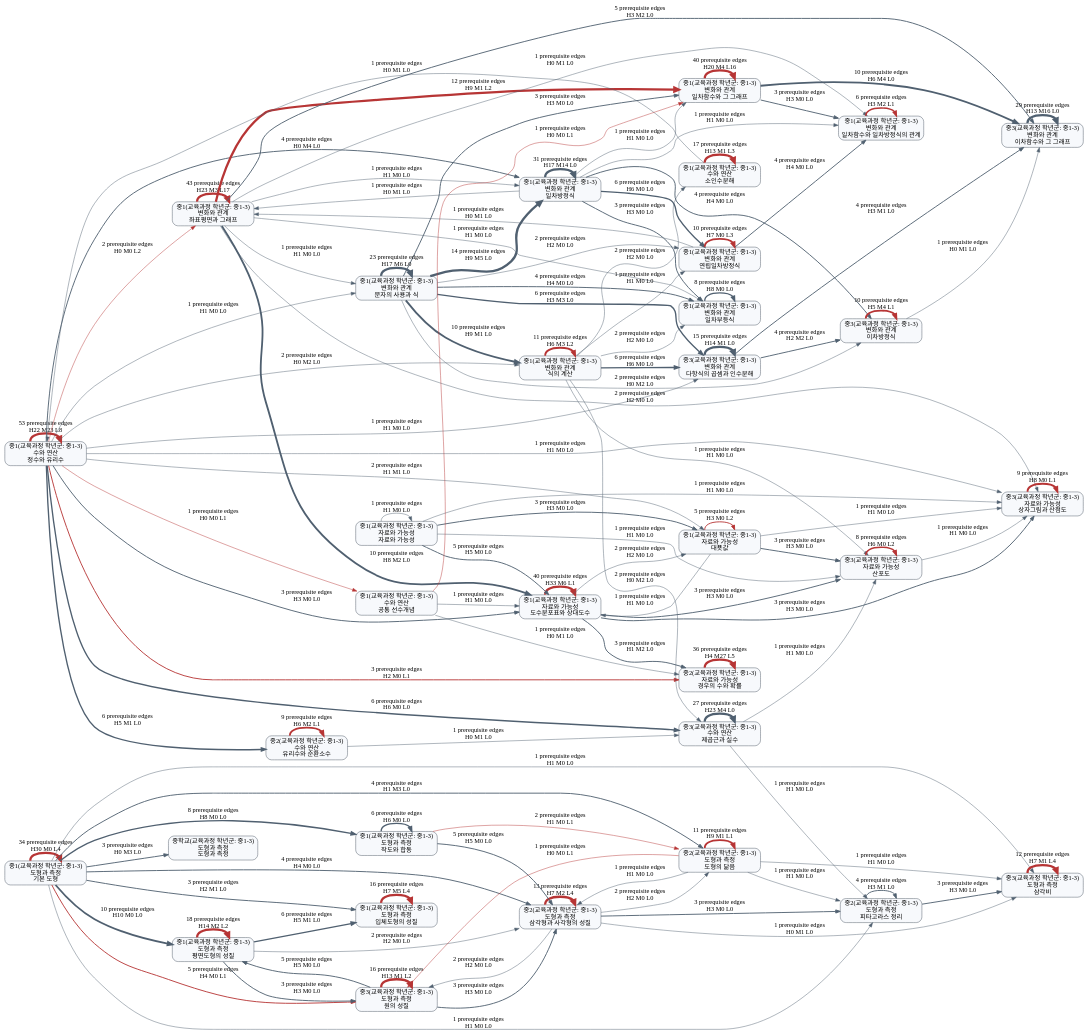
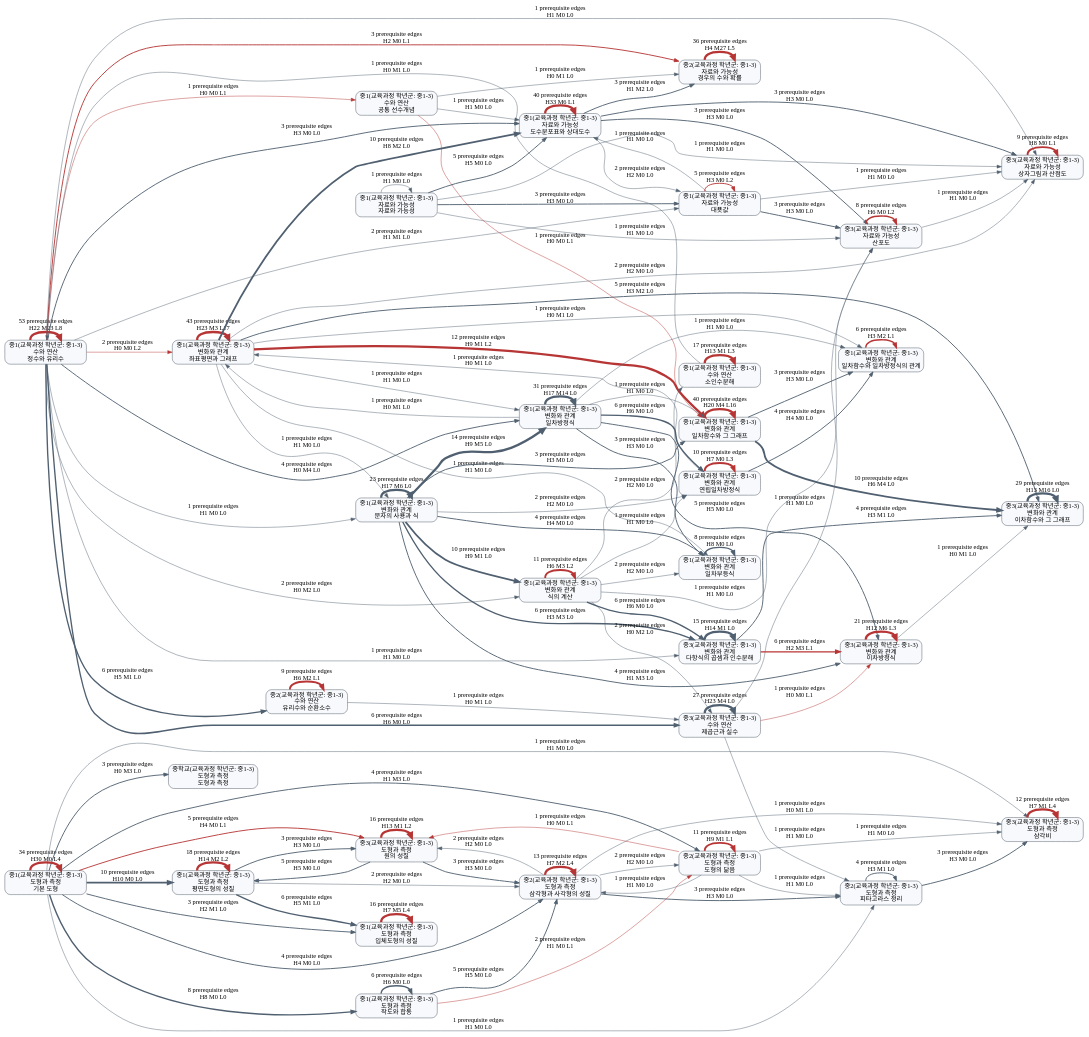
One commit to BeomjinSouth/Seteuk changed the diagram in 교육과정 모음 정리본/docs/math-concept-map/prerequisite-unit-graph.dot. Above: the diagram before and after it, drawn with Graphviz. The commit also changed 83 other files, not shown here.

```diff
--- a/교육과정 모음 정리본/docs/math-concept-map/prerequisite-unit-graph.dot
+++ b/교육과정 모음 정리본/docs/math-concept-map/prerequisite-unit-graph.dot
@@ -14,17 +14,17 @@
   unit_008 [label="중3(교육과정 학년군: 중1-3)\n변화와 관계\n이차함수와 그 그래프"];
   unit_009 [label="중3(교육과정 학년군: 중1-3)\n수와 연산\n제곱근과 실수"];
   unit_010 [label="중1(교육과정 학년군: 중1-3)\n변화와 관계\n문자의 사용과 식"];
-  unit_011 [label="중1(교육과정 학년군: 중1-3)\n도형과 측정\n평면도형의 성질"];
-  unit_012 [label="중1(교육과정 학년군: 중1-3)\n수와 연산\n소인수분해"];
-  unit_013 [label="중1(교육과정 학년군: 중1-3)\n도형과 측정\n입체도형의 성질"];
-  unit_014 [label="중3(교육과정 학년군: 중1-3)\n도형과 측정\n원의 성질"];
-  unit_015 [label="중3(교육과정 학년군: 중1-3)\n변화와 관계\n다항식의 곱셈과 인수분해"];
-  unit_016 [label="중2(교육과정 학년군: 중1-3)\n도형과 측정\n삼각형과 사각형의 성질"];
-  unit_017 [label="중3(교육과정 학년군: 중1-3)\n도형과 측정\n삼각비"];
-  unit_018 [label="중1(교육과정 학년군: 중1-3)\n변화와 관계\n식의 계산"];
-  unit_019 [label="중2(교육과정 학년군: 중1-3)\n도형과 측정\n도형의 닮음"];
-  unit_020 [label="중1(교육과정 학년군: 중1-3)\n변화와 관계\n연립일차방정식"];
-  unit_021 [label="중3(교육과정 학년군: 중1-3)\n변화와 관계\n이차방정식"];
+  unit_011 [label="중3(교육과정 학년군: 중1-3)\n변화와 관계\n이차방정식"];
+  unit_012 [label="중1(교육과정 학년군: 중1-3)\n도형과 측정\n평면도형의 성질"];
+  unit_013 [label="중1(교육과정 학년군: 중1-3)\n수와 연산\n소인수분해"];
+  unit_014 [label="중1(교육과정 학년군: 중1-3)\n도형과 측정\n입체도형의 성질"];
+  unit_015 [label="중3(교육과정 학년군: 중1-3)\n도형과 측정\n원의 성질"];
+  unit_016 [label="중3(교육과정 학년군: 중1-3)\n변화와 관계\n다항식의 곱셈과 인수분해"];
+  unit_017 [label="중2(교육과정 학년군: 중1-3)\n도형과 측정\n삼각형과 사각형의 성질"];
+  unit_018 [label="중3(교육과정 학년군: 중1-3)\n도형과 측정\n삼각비"];
+  unit_019 [label="중1(교육과정 학년군: 중1-3)\n변화와 관계\n식의 계산"];
+  unit_020 [label="중2(교육과정 학년군: 중1-3)\n도형과 측정\n도형의 닮음"];
+  unit_021 [label="중1(교육과정 학년군: 중1-3)\n변화와 관계\n연립일차방정식"];
   unit_022 [label="중2(교육과정 학년군: 중1-3)\n수와 연산\n유리수와 순환소수"];
   unit_023 [label="중3(교육과정 학년군: 중1-3)\n자료와 가능성\n상자그림과 산점도"];
   unit_024 [label="중1(교육과정 학년군: 중1-3)\n도형과 측정\n작도와 합동"];
@@ -47,54 +47,55 @@
   unit_008 -> unit_008 [label="29 prerequisite edges\nH13 M16 L0", color="#506070", penwidth=5];
   unit_009 -> unit_009 [label="27 prerequisite edges\nH23 M4 L0", color="#506070", penwidth=5];
   unit_010 -> unit_010 [label="23 prerequisite edges\nH17 M6 L0", color="#506070", penwidth=5];
-  unit_011 -> unit_011 [label="18 prerequisite edges\nH14 M2 L2", color="#b73535", penwidth=5];
-  unit_012 -> unit_012 [label="17 prerequisite edges\nH13 M1 L3", color="#b73535", penwidth=5];
-  unit_013 -> unit_013 [label="16 prerequisite edges\nH7 M5 L4", color="#b73535", penwidth=5];
-  unit_014 -> unit_014 [label="16 prerequisite edges\nH13 M1 L2", color="#b73535", penwidth=5];
-  unit_015 -> unit_015 [label="15 prerequisite edges\nH14 M1 L0", color="#506070", penwidth=5];
+  unit_011 -> unit_011 [label="21 prerequisite edges\nH12 M6 L3", color="#b73535", penwidth=5];
+  unit_012 -> unit_012 [label="18 prerequisite edges\nH14 M2 L2", color="#b73535", penwidth=5];
+  unit_013 -> unit_013 [label="17 prerequisite edges\nH13 M1 L3", color="#b73535", penwidth=5];
+  unit_014 -> unit_014 [label="16 prerequisite edges\nH7 M5 L4", color="#b73535", penwidth=5];
+  unit_015 -> unit_015 [label="16 prerequisite edges\nH13 M1 L2", color="#b73535", penwidth=5];
+  unit_016 -> unit_016 [label="15 prerequisite edges\nH14 M1 L0", color="#506070", penwidth=5];
   unit_010 -> unit_007 [label="14 prerequisite edges\nH9 M5 L0", color="#506070", penwidth=5];
-  unit_016 -> unit_016 [label="13 prerequisite edges\nH7 M2 L4", color="#b73535", penwidth=5];
+  unit_017 -> unit_017 [label="13 prerequisite edges\nH7 M2 L4", color="#b73535", penwidth=5];
   unit_002 -> unit_003 [label="12 prerequisite edges\nH9 M1 L2", color="#b73535", penwidth=5];
-  unit_017 -> unit_017 [label="12 prerequisite edges\nH7 M1 L4", color="#b73535", penwidth=5];
-  unit_018 -> unit_018 [label="11 prerequisite edges\nH6 M3 L2", color="#b73535", penwidth=4];
-  unit_019 -> unit_019 [label="11 prerequisite edges\nH9 M1 L1", color="#b73535", penwidth=4];
-  unit_006 -> unit_011 [label="10 prerequisite edges\nH10 M0 L0", color="#506070", penwidth=4];
-  unit_010 -> unit_018 [label="10 prerequisite edges\nH9 M1 L0", color="#506070", penwidth=4];
-  unit_020 -> unit_020 [label="10 prerequisite edges\nH7 M0 L3", color="#b73535", penwidth=4];
+  unit_018 -> unit_018 [label="12 prerequisite edges\nH7 M1 L4", color="#b73535", penwidth=5];
+  unit_019 -> unit_019 [label="11 prerequisite edges\nH6 M3 L2", color="#b73535", penwidth=4];
+  unit_020 -> unit_020 [label="11 prerequisite edges\nH9 M1 L1", color="#b73535", penwidth=4];
+  unit_006 -> unit_012 [label="10 prerequisite edges\nH10 M0 L0", color="#506070", penwidth=4];
+  unit_010 -> unit_019 [label="10 prerequisite edges\nH9 M1 L0", color="#506070", penwidth=4];
+  unit_021 -> unit_021 [label="10 prerequisite edges\nH7 M0 L3", color="#b73535", penwidth=4];
   unit_003 -> unit_008 [label="10 prerequisite edges\nH6 M4 L0", color="#506070", penwidth=4];
   unit_002 -> unit_004 [label="10 prerequisite edges\nH8 M2 L0", color="#506070", penwidth=4];
-  unit_021 -> unit_021 [label="10 prerequisite edges\nH5 M4 L1", color="#b73535", penwidth=4];
   unit_022 -> unit_022 [label="9 prerequisite edges\nH6 M2 L1", color="#b73535", penwidth=4];
   unit_023 -> unit_023 [label="9 prerequisite edges\nH8 M0 L1", color="#b73535", penwidth=4];
   unit_006 -> unit_024 [label="8 prerequisite edges\nH8 M0 L0", color="#506070", penwidth=3];
   unit_025 -> unit_025 [label="8 prerequisite edges\nH8 M0 L0", color="#506070", penwidth=3];
   unit_026 -> unit_026 [label="8 prerequisite edges\nH6 M0 L2", color="#b73535", penwidth=3];
   unit_024 -> unit_024 [label="6 prerequisite edges\nH6 M0 L0", color="#506070", penwidth=3];
-  unit_011 -> unit_013 [label="6 prerequisite edges\nH5 M1 L0", color="#506070", penwidth=3];
-  unit_010 -> unit_015 [label="6 prerequisite edges\nH3 M3 L0", color="#506070", penwidth=3];
-  unit_018 -> unit_015 [label="6 prerequisite edges\nH6 M0 L0", color="#506070", penwidth=3];
-  unit_007 -> unit_020 [label="6 prerequisite edges\nH6 M0 L0", color="#506070", penwidth=3];
+  unit_012 -> unit_014 [label="6 prerequisite edges\nH5 M1 L0", color="#506070", penwidth=3];
+  unit_010 -> unit_016 [label="6 prerequisite edges\nH3 M3 L0", color="#506070", penwidth=3];
+  unit_019 -> unit_016 [label="6 prerequisite edges\nH6 M0 L0", color="#506070", penwidth=3];
+  unit_007 -> unit_021 [label="6 prerequisite edges\nH6 M0 L0", color="#506070", penwidth=3];
   unit_027 -> unit_027 [label="6 prerequisite edges\nH3 M2 L1", color="#b73535", penwidth=3];
   unit_001 -> unit_022 [label="6 prerequisite edges\nH5 M1 L0", color="#506070", penwidth=3];
   unit_001 -> unit_009 [label="6 prerequisite edges\nH6 M0 L0", color="#506070", penwidth=3];
-  unit_006 -> unit_014 [label="5 prerequisite edges\nH4 M0 L1", color="#b73535", penwidth=2];
-  unit_024 -> unit_016 [label="5 prerequisite edges\nH5 M0 L0", color="#506070", penwidth=2];
+  unit_016 -> unit_011 [label="6 prerequisite edges\nH2 M3 L1", color="#b73535", penwidth=3];
+  unit_006 -> unit_015 [label="5 prerequisite edges\nH4 M0 L1", color="#b73535", penwidth=2];
+  unit_024 -> unit_017 [label="5 prerequisite edges\nH5 M0 L0", color="#506070", penwidth=2];
+  unit_007 -> unit_011 [label="5 prerequisite edges\nH5 M0 L0", color="#506070", penwidth=2];
   unit_002 -> unit_008 [label="5 prerequisite edges\nH3 M2 L0", color="#506070", penwidth=2];
   unit_028 -> unit_028 [label="5 prerequisite edges\nH3 M0 L2", color="#b73535", penwidth=2];
   unit_029 -> unit_004 [label="5 prerequisite edges\nH5 M0 L0", color="#506070", penwidth=2];
-  unit_014 -> unit_011 [label="5 prerequisite edges\nH5 M0 L0", color="#506070", penwidth=2];
-  unit_006 -> unit_019 [label="4 prerequisite edges\nH1 M3 L0", color="#506070", penwidth=2];
-  unit_006 -> unit_016 [label="4 prerequisite edges\nH4 M0 L0", color="#506070", penwidth=2];
+  unit_015 -> unit_012 [label="5 prerequisite edges\nH5 M0 L0", color="#506070", penwidth=2];
+  unit_006 -> unit_020 [label="4 prerequisite edges\nH1 M3 L0", color="#506070", penwidth=2];
+  unit_006 -> unit_017 [label="4 prerequisite edges\nH4 M0 L0", color="#506070", penwidth=2];
   unit_010 -> unit_025 [label="4 prerequisite edges\nH4 M0 L0", color="#506070", penwidth=2];
-  unit_020 -> unit_027 [label="4 prerequisite edges\nH4 M0 L0", color="#506070", penwidth=2];
-  unit_007 -> unit_021 [label="4 prerequisite edges\nH4 M0 L0", color="#506070", penwidth=2];
+  unit_010 -> unit_011 [label="4 prerequisite edges\nH1 M3 L0", color="#506070", penwidth=2];
+  unit_021 -> unit_027 [label="4 prerequisite edges\nH4 M0 L0", color="#506070", penwidth=2];
   unit_001 -> unit_007 [label="4 prerequisite edges\nH0 M4 L0", color="#506070", penwidth=2];
   unit_030 -> unit_030 [label="4 prerequisite edges\nH3 M1 L0", color="#506070", penwidth=2];
-  unit_015 -> unit_021 [label="4 prerequisite edges\nH2 M2 L0", color="#506070", penwidth=2];
-  unit_015 -> unit_008 [label="4 prerequisite edges\nH3 M1 L0", color="#506070", penwidth=2];
-  unit_006 -> unit_013 [label="3 prerequisite edges\nH2 M1 L0", color="#506070", penwidth=2];
+  unit_016 -> unit_008 [label="4 prerequisite edges\nH3 M1 L0", color="#506070", penwidth=2];
+  unit_006 -> unit_014 [label="3 prerequisite edges\nH2 M1 L0", color="#506070", penwidth=2];
   unit_006 -> unit_031 [label="3 prerequisite edges\nH0 M3 L0", color="#506070", penwidth=2];
-  unit_011 -> unit_014 [label="3 prerequisite edges\nH3 M0 L0", color="#506070", penwidth=2];
+  unit_012 -> unit_015 [label="3 prerequisite edges\nH3 M0 L0", color="#506070", penwidth=2];
   unit_010 -> unit_003 [label="3 prerequisite edges\nH3 M0 L0", color="#506070", penwidth=2];
   unit_007 -> unit_025 [label="3 prerequisite edges\nH3 M0 L0", color="#506070", penwidth=2];
   unit_003 -> unit_027 [label="3 prerequisite edges\nH3 M0 L0", color="#506070", penwidth=2];
@@ -105,28 +106,27 @@
   unit_004 -> unit_026 [label="3 prerequisite edges\nH3 M0 L0", color="#506070", penwidth=2];
   unit_004 -> unit_023 [label="3 prerequisite edges\nH3 M0 L0", color="#506070", penwidth=2];
   unit_029 -> unit_028 [label="3 prerequisite edges\nH3 M0 L0", color="#506070", penwidth=2];
-  unit_016 -> unit_030 [label="3 prerequisite edges\nH3 M0 L0", color="#506070", penwidth=2];
-  unit_030 -> unit_017 [label="3 prerequisite edges\nH3 M0 L0", color="#506070", penwidth=2];
-  unit_014 -> unit_016 [label="3 prerequisite edges\nH3 M0 L0", color="#506070", penwidth=2];
-  unit_024 -> unit_019 [label="2 prerequisite edges\nH1 M0 L1", color="#b73535", penwidth=1];
-  unit_011 -> unit_016 [label="2 prerequisite edges\nH2 M0 L0", color="#506070", penwidth=1];
-  unit_010 -> unit_020 [label="2 prerequisite edges\nH2 M0 L0", color="#506070", penwidth=1];
-  unit_010 -> unit_021 [label="2 prerequisite edges\nH0 M2 L0", color="#506070", penwidth=1];
-  unit_018 -> unit_025 [label="2 prerequisite edges\nH2 M0 L0", color="#506070", penwidth=1];
-  unit_018 -> unit_012 [label="2 prerequisite edges\nH2 M0 L0", color="#506070", penwidth=1];
-  unit_018 -> unit_009 [label="2 prerequisite edges\nH0 M2 L0", color="#506070", penwidth=1];
+  unit_017 -> unit_030 [label="3 prerequisite edges\nH3 M0 L0", color="#506070", penwidth=2];
+  unit_030 -> unit_018 [label="3 prerequisite edges\nH3 M0 L0", color="#506070", penwidth=2];
+  unit_015 -> unit_017 [label="3 prerequisite edges\nH3 M0 L0", color="#506070", penwidth=2];
+  unit_024 -> unit_020 [label="2 prerequisite edges\nH1 M0 L1", color="#b73535", penwidth=1];
+  unit_012 -> unit_017 [label="2 prerequisite edges\nH2 M0 L0", color="#506070", penwidth=1];
+  unit_010 -> unit_021 [label="2 prerequisite edges\nH2 M0 L0", color="#506070", penwidth=1];
+  unit_019 -> unit_025 [label="2 prerequisite edges\nH2 M0 L0", color="#506070", penwidth=1];
+  unit_019 -> unit_013 [label="2 prerequisite edges\nH2 M0 L0", color="#506070", penwidth=1];
+  unit_019 -> unit_009 [label="2 prerequisite edges\nH0 M2 L0", color="#506070", penwidth=1];
   unit_002 -> unit_023 [label="2 prerequisite edges\nH2 M0 L0", color="#506070", penwidth=1];
-  unit_001 -> unit_018 [label="2 prerequisite edges\nH0 M2 L0", color="#506070", penwidth=1];
+  unit_001 -> unit_019 [label="2 prerequisite edges\nH0 M2 L0", color="#506070", penwidth=1];
   unit_001 -> unit_002 [label="2 prerequisite edges\nH0 M0 L2", color="#b73535", penwidth=1];
   unit_001 -> unit_028 [label="2 prerequisite edges\nH1 M1 L0", color="#506070", penwidth=1];
   unit_004 -> unit_028 [label="2 prerequisite edges\nH2 M0 L0", color="#506070", penwidth=1];
-  unit_016 -> unit_019 [label="2 prerequisite edges\nH2 M0 L0", color="#506070", penwidth=1];
-  unit_016 -> unit_014 [label="2 prerequisite edges\nH2 M0 L0", color="#506070", penwidth=1];
+  unit_017 -> unit_020 [label="2 prerequisite edges\nH2 M0 L0", color="#506070", penwidth=1];
+  unit_017 -> unit_015 [label="2 prerequisite edges\nH2 M0 L0", color="#506070", penwidth=1];
   unit_006 -> unit_030 [label="1 prerequisite edges\nH1 M0 L0", color="#506070", penwidth=1];
-  unit_006 -> unit_017 [label="1 prerequisite edges\nH1 M0 L0", color="#506070", penwidth=1];
-  unit_018 -> unit_020 [label="1 prerequisite edges\nH1 M0 L0", color="#506070", penwidth=1];
-  unit_018 -> unit_026 [label="1 prerequisite edges\nH1 M0 L0", color="#506070", penwidth=1];
-  unit_020 -> unit_002 [label="1 prerequisite edges\nH0 M1 L0", color="#506070", penwidth=1];
+  unit_006 -> unit_018 [label="1 prerequisite edges\nH1 M0 L0", color="#506070", penwidth=1];
+  unit_019 -> unit_021 [label="1 prerequisite edges\nH1 M0 L0", color="#506070", penwidth=1];
+  unit_019 -> unit_026 [label="1 prerequisite edges\nH1 M0 L0", color="#506070", penwidth=1];
+  unit_021 -> unit_002 [label="1 prerequisite edges\nH0 M1 L0", color="#506070", penwidth=1];
   unit_007 -> unit_003 [label="1 prerequisite edges\nH1 M0 L0", color="#506070", penwidth=1];
   unit_007 -> unit_027 [label="1 prerequisite edges\nH1 M0 L0", color="#506070", penwidth=1];
   unit_007 -> unit_002 [label="1 prerequisite edges\nH0 M1 L0", color="#506070", penwidth=1];
@@ -137,24 +137,25 @@
   unit_032 -> unit_003 [label="1 prerequisite edges\nH0 M0 L1", color="#b73535", penwidth=1];
   unit_032 -> unit_004 [label="1 prerequisite edges\nH1 M0 L0", color="#506070", penwidth=1];
   unit_032 -> unit_005 [label="1 prerequisite edges\nH0 M1 L0", color="#506070", penwidth=1];
-  unit_012 -> unit_001 [label="1 prerequisite edges\nH0 M1 L0", color="#506070", penwidth=1];
+  unit_013 -> unit_001 [label="1 prerequisite edges\nH0 M1 L0", color="#506070", penwidth=1];
   unit_001 -> unit_010 [label="1 prerequisite edges\nH1 M0 L0", color="#506070", penwidth=1];
   unit_001 -> unit_032 [label="1 prerequisite edges\nH0 M0 L1", color="#b73535", penwidth=1];
-  unit_001 -> unit_015 [label="1 prerequisite edges\nH1 M0 L0", color="#506070", penwidth=1];
+  unit_001 -> unit_016 [label="1 prerequisite edges\nH1 M0 L0", color="#506070", penwidth=1];
   unit_001 -> unit_023 [label="1 prerequisite edges\nH1 M0 L0", color="#506070", penwidth=1];
   unit_028 -> unit_004 [label="1 prerequisite edges\nH1 M0 L0", color="#506070", penwidth=1];
   unit_028 -> unit_023 [label="1 prerequisite edges\nH1 M0 L0", color="#506070", penwidth=1];
   unit_029 -> unit_029 [label="1 prerequisite edges\nH1 M0 L0", color="#506070", penwidth=1];
   unit_029 -> unit_026 [label="1 prerequisite edges\nH1 M0 L0", color="#506070", penwidth=1];
   unit_029 -> unit_023 [label="1 prerequisite edges\nH1 M0 L0", color="#506070", penwidth=1];
-  unit_019 -> unit_016 [label="1 prerequisite edges\nH1 M0 L0", color="#506070", penwidth=1];
-  unit_019 -> unit_030 [label="1 prerequisite edges\nH1 M0 L0", color="#506070", penwidth=1];
-  unit_019 -> unit_017 [label="1 prerequisite edges\nH1 M0 L0", color="#506070", penwidth=1];
-  unit_019 -> unit_014 [label="1 prerequisite edges\nH0 M0 L1", color="#b73535", penwidth=1];
-  unit_016 -> unit_017 [label="1 prerequisite edges\nH0 M1 L0", color="#506070", penwidth=1];
+  unit_020 -> unit_017 [label="1 prerequisite edges\nH1 M0 L0", color="#506070", penwidth=1];
+  unit_020 -> unit_030 [label="1 prerequisite edges\nH1 M0 L0", color="#506070", penwidth=1];
+  unit_020 -> unit_018 [label="1 prerequisite edges\nH1 M0 L0", color="#506070", penwidth=1];
+  unit_020 -> unit_015 [label="1 prerequisite edges\nH0 M0 L1", color="#b73535", penwidth=1];
+  unit_017 -> unit_018 [label="1 prerequisite edges\nH0 M1 L0", color="#506070", penwidth=1];
   unit_022 -> unit_009 [label="1 prerequisite edges\nH0 M1 L0", color="#506070", penwidth=1];
-  unit_021 -> unit_008 [label="1 prerequisite edges\nH0 M1 L0", color="#506070", penwidth=1];
+  unit_011 -> unit_008 [label="1 prerequisite edges\nH0 M1 L0", color="#506070", penwidth=1];
   unit_009 -> unit_030 [label="1 prerequisite edges\nH1 M0 L0", color="#506070", penwidth=1];
+  unit_009 -> unit_011 [label="1 prerequisite edges\nH0 M0 L1", color="#b73535", penwidth=1];
   unit_009 -> unit_026 [label="1 prerequisite edges\nH1 M0 L0", color="#506070", penwidth=1];
   unit_026 -> unit_023 [label="1 prerequisite edges\nH1 M0 L0", color="#506070", penwidth=1];
 }
```
